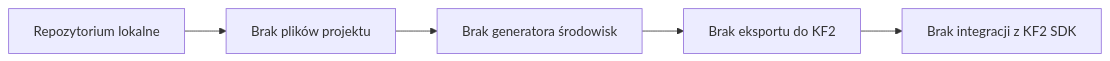
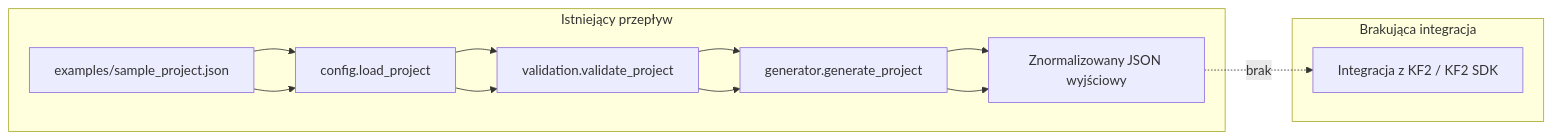
Before and after one commit to Rotherw/Gpt: the first of 2 diagrams in ARCHITECTURE_KF2.md, drawn with Mermaid. The commit also changed other lines of this file, not shown here.

First line of the commit message:
Update KF2 architecture to current state

````diff
--- a/ARCHITECTURE_KF2.md
+++ b/ARCHITECTURE_KF2.md
@@ -87,7 +157,16 @@
 ```mermaid
 flowchart LR
-    A[Repozytorium lokalne] --> B[Brak plików projektu]
-    B --> C[Brak generatora środowisk]
-    C --> D[Brak eksportu do KF2]
-    D --> E[Brak integracji z KF2 SDK]
+    A[examples/sample_project.json] --> B[config.load_project]
+    B --> C[validation.validate_project]
+    C --> D[generator.generate_project]
+    D --> E[Znormalizowany JSON wyjściowy]
+    E -. brak .-> F[Integracja z KF2 / KF2 SDK]
+
+    subgraph Istniejący przepływ
+        A --> B --> C --> D --> E
+    end
+
+    subgraph Brakująca integracja
+        F
+    end
 ```
````
